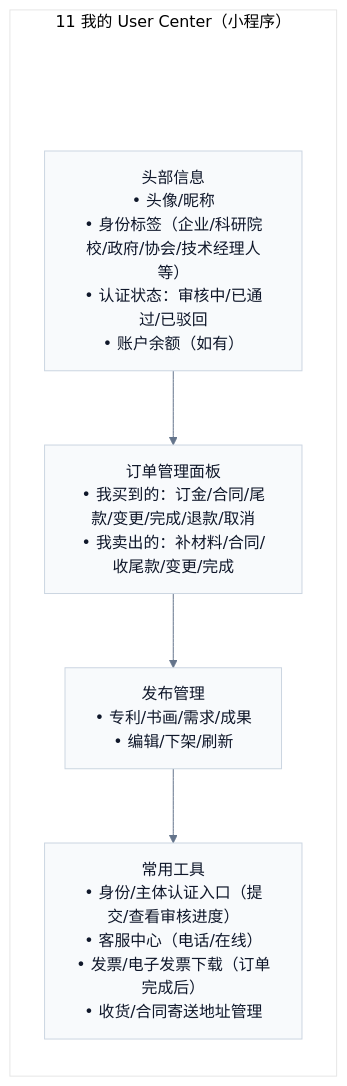
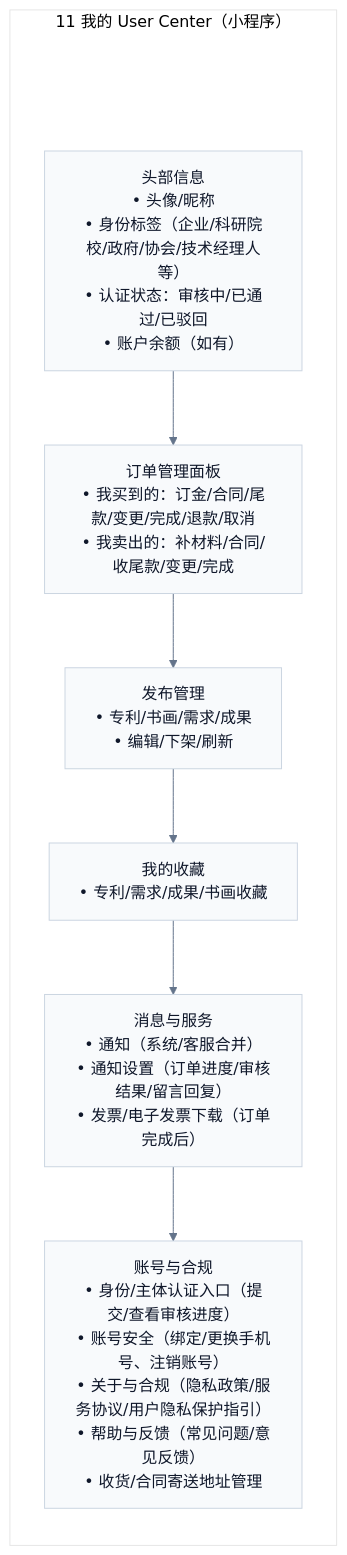
Before and after one commit to Ming-1984/Ipmoney: the diagram in docs/demo/pages/miniapp/11-user-center.mmd, drawn with Mermaid. The commit also changed 378 other files, not shown here.

```diff
--- a/docs/demo/pages/miniapp/11-user-center.mmd
+++ b/docs/demo/pages/miniapp/11-user-center.mmd
@@ -1,15 +1,17 @@
 %%{init: {'theme':'base','flowchart': {'htmlLabels': true},'themeVariables': {'fontFamily': 'Inter, Microsoft YaHei, sans-serif','lineColor':'#64748B','primaryTextColor':'#0F172A','primaryBorderColor':'#CBD5E1','primaryColor':'#F8FAFC'}}}%%
 flowchart TB
   subgraph P["11 我的 User Center（小程序）"]
     direction TB
     Pad[" "]:::pad
     Header["头部信息<br/>• 头像/昵称<br/>• 身份标签（企业/科研院校/政府/协会/技术经理人等）<br/>• 认证状态：审核中/已通过/已驳回<br/>• 账户余额（如有）"]
     Orders["订单管理面板<br/>• 我买到的：订金/合同/尾款/变更/完成/退款/取消<br/>• 我卖出的：补材料/合同/收尾款/变更/完成"]
     PublishMgmt["发布管理<br/>• 专利/书画/需求/成果<br/>• 编辑/下架/刷新"]
-    Tools["常用工具<br/>• 身份/主体认证入口（提交/查看审核进度）<br/>• 客服中心（电话/在线）<br/>• 发票/电子发票下载（订单完成后）<br/>• 收货/合同寄送地址管理"]
+    Favorites["我的收藏<br/>• 专利/需求/成果/书画收藏"]
+    Services["消息与服务<br/>• 通知（系统/客服合并）<br/>• 通知设置（订单进度/审核结果/留言回复）<br/>• 发票/电子发票下载（订单完成后）"]
+    Settings["账号与合规<br/>• 身份/主体认证入口（提交/查看审核进度）<br/>• 账号安全（绑定/更换手机号、注销账号）<br/>• 关于与合规（隐私政策/服务协议/用户隐私保护指引）<br/>• 帮助与反馈（常见问题/意见反馈）<br/>• 收货/合同寄送地址管理"]
     Pad --> Header
-    Header --> Orders --> PublishMgmt --> Tools
+    Header --> Orders --> PublishMgmt --> Favorites --> Services --> Settings
   end
 
   classDef pad fill:transparent,stroke:transparent,color:transparent;
   linkStyle 0 stroke:transparent,fill:transparent;
```
